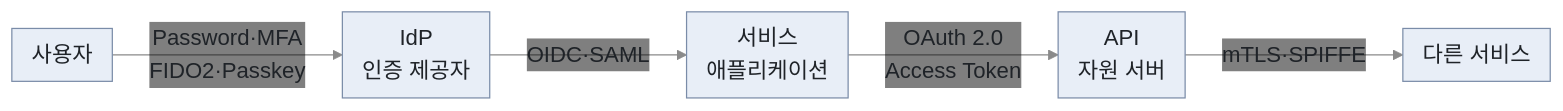
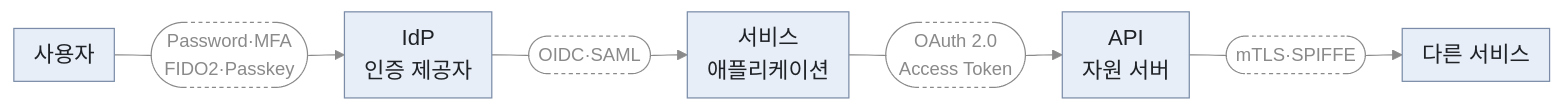
The first of 2 diagrams in security-fundamentals/pki-identity/README.md (secututor/security-knowledge-base), drawn with Mermaid before and after one commit. The commit also changed other lines of this file and 27 other files, not shown here.

Commit message:
docs: Mermaid 설명형 화살표 라벨을 보조 노드로 분리, 짧은 라벨 상자 복원

````diff
--- a/security-fundamentals/pki-identity/README.md
+++ b/security-fundamentals/pki-identity/README.md
@@ -31,8 +31,10 @@
 ```mermaid
-%%{init: {"theme": "base", "themeVariables": {"fontSize": "18px", "primaryColor": "#e8eef7", "primaryTextColor": "#1f2328", "primaryBorderColor": "#7a8ca8", "secondaryColor": "#eef1f5", "tertiaryColor": "#f5f7fa", "lineColor": "#8a8a8a", "edgeLabelBackground": "transparent", "textColor": "#8a8a8a", "transitionLabelColor": "#8a8a8a", "clusterBkg": "#f5f7fa", "clusterBorder": "#7a8ca8", "actorBkg": "#e8eef7", "actorBorder": "#7a8ca8", "actorTextColor": "#1f2328", "actorLineColor": "#8a8a8a", "signalColor": "#8a8a8a", "signalTextColor": "#8a8a8a", "noteBkgColor": "#fff8dc", "noteTextColor": "#1f2328", "noteBorderColor": "#c9b458"}, "flowchart": {"nodeSpacing": 25, "rankSpacing": 60, "padding": 8}, "sequence": {"width": 110, "height": 40, "boxMargin": 6, "noteMargin": 6, "actorMargin": 40}}}%%
+%%{init: {"theme": "base", "themeVariables": {"fontSize": "18px", "primaryColor": "#e8eef7", "primaryTextColor": "#1f2328", "primaryBorderColor": "#7a8ca8", "secondaryColor": "#eef1f5", "tertiaryColor": "#f5f7fa", "lineColor": "#8a8a8a", "edgeLabelBackground": "#eef1f5", "clusterBkg": "#f5f7fa", "clusterBorder": "#7a8ca8", "actorBkg": "#e8eef7", "actorBorder": "#7a8ca8", "actorTextColor": "#1f2328", "actorLineColor": "#8a8a8a", "signalColor": "#8a8a8a", "signalTextColor": "#8a8a8a", "noteBkgColor": "#fff8dc", "noteTextColor": "#1f2328", "noteBorderColor": "#c9b458"}, "flowchart": {"nodeSpacing": 25, "rankSpacing": 30, "padding": 8}, "sequence": {"width": 110, "height": 40, "boxMargin": 6, "noteMargin": 6, "actorMargin": 40}}}%%
 flowchart LR
-    U["사용자"] -->|"Password·MFA<br>FIDO2·Passkey"| IDP["IdP<br>인증 제공자"]
-    IDP -->|"OIDC·SAML"| APP["서비스<br>애플리케이션"]
-    APP -->|"OAuth 2.0<br>Access Token"| API["API<br>자원 서버"]
-    API -->|"mTLS·SPIFFE"| SVC["다른 서비스"]
+    U["사용자"] --- U1(["Password·MFA<br>FIDO2·Passkey"]) --> IDP["IdP<br>인증 제공자"]
+    IDP --- I1(["OIDC·SAML"]) --> APP["서비스<br>애플리케이션"]
+    APP --- A1(["OAuth 2.0<br>Access Token"]) --> API["API<br>자원 서버"]
+    API --- S1(["mTLS·SPIFFE"]) --> SVC["다른 서비스"]
+    classDef aux fill:transparent,stroke:#8a8a8a,stroke-dasharray:3 3,color:#8a8a8a,font-size:15px
+    class U1,I1,A1,S1 aux
 ```
````
